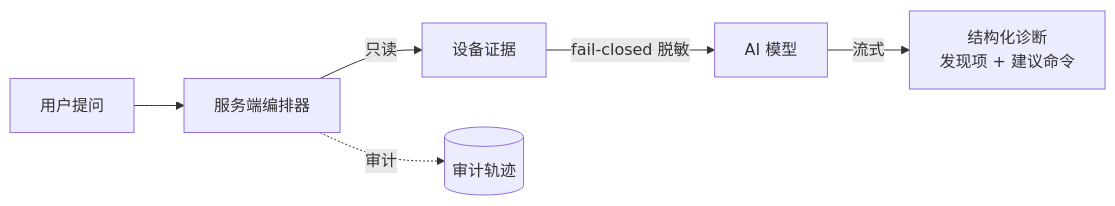
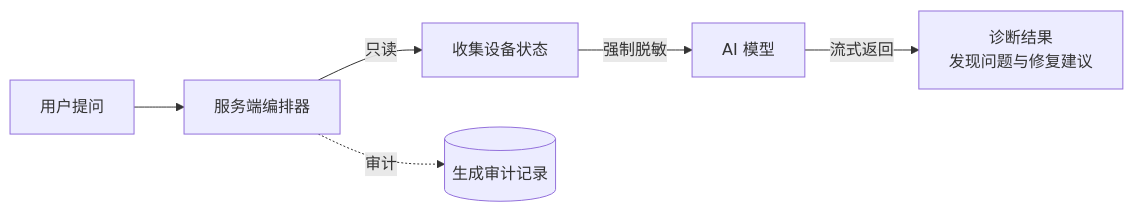
Before and after one commit to lcxl-remote/lcxl-remote-desk-web: the third of 3 diagrams in README_CN.md, drawn with Mermaid. The commit also changed other lines of this file and 1 other file, not shown here.

````diff
--- a/README_CN.md
+++ b/README_CN.md
@@ -155,8 +153,8 @@
 ```mermaid
 graph LR
     user[用户提问] --> orch[服务端编排器]
-    orch -->|只读| evidence[设备证据]
-    evidence -->|fail-closed 脱敏| model[AI 模型]
-    model -->|流式| diag[结构化诊断<br/>发现项 + 建议命令]
-    orch -.审计.-> audit[(审计轨迹)]
+    orch -->|只读| evidence[收集设备状态]
+    evidence -->|强制脱敏| model[AI 模型]
+    model -->|流式返回| diag[诊断结果<br/>发现问题与修复建议]
+    orch -.审计.-> audit[(生成审计记录)]
 ```
````
